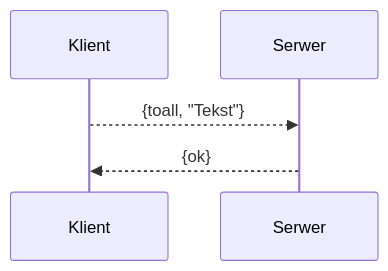
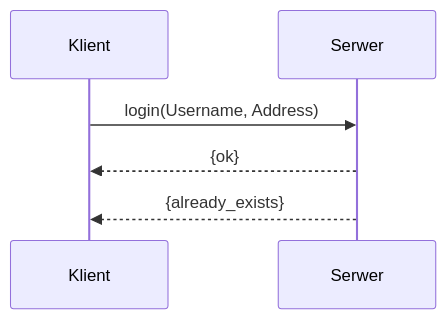
Before and after one commit to ZbiStr/communicator: the first of 2 diagrams in doc/protocol.md, drawn with Mermaid. The commit also changed other lines of this file, not shown here.

````diff
--- a/doc/protocol.md
+++ b/doc/protocol.md
@@ -16,5 +16,6 @@
 ```mermaid
 sequenceDiagram
-Klient -->> Serwer: {toall, "Tekst"}
+Klient ->> Serwer: login(Username, Address)
 Serwer -->> Klient: {ok}
+Serwer -->> Klient: {already_exists}
 ```
````
